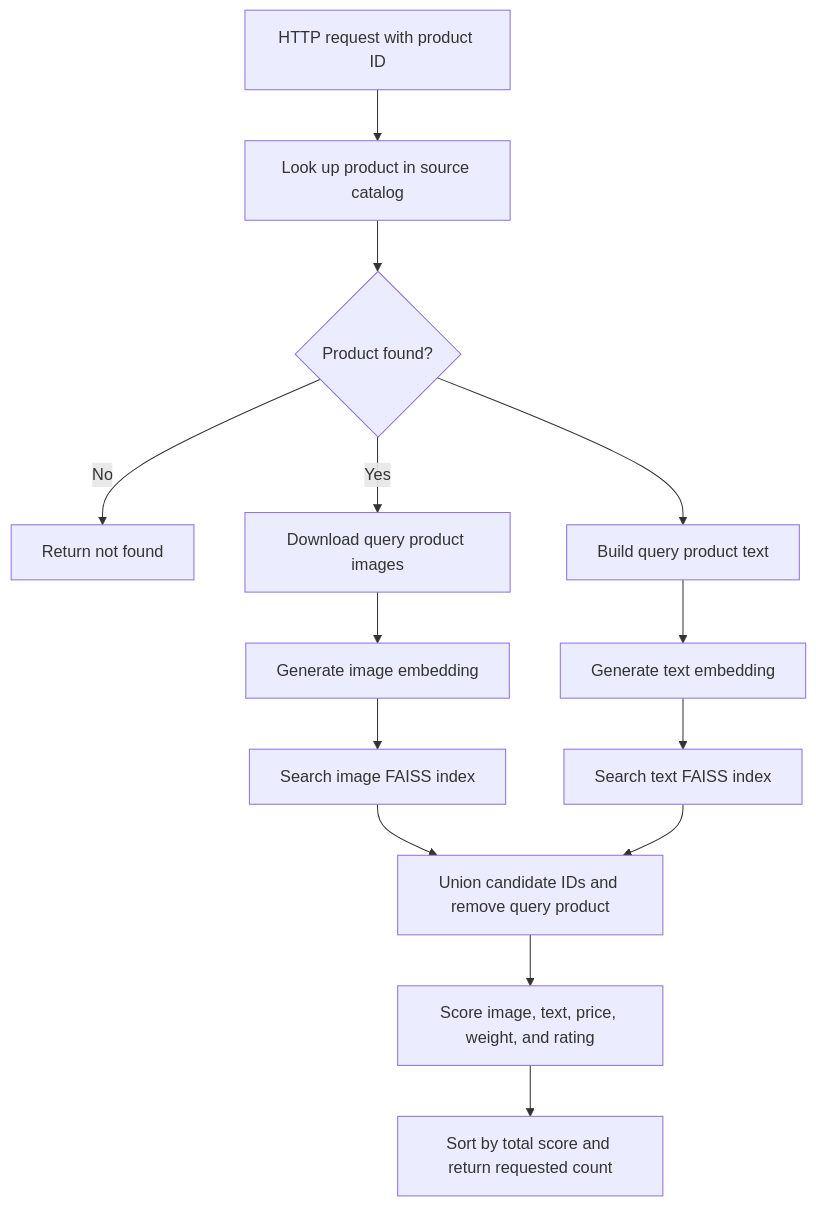
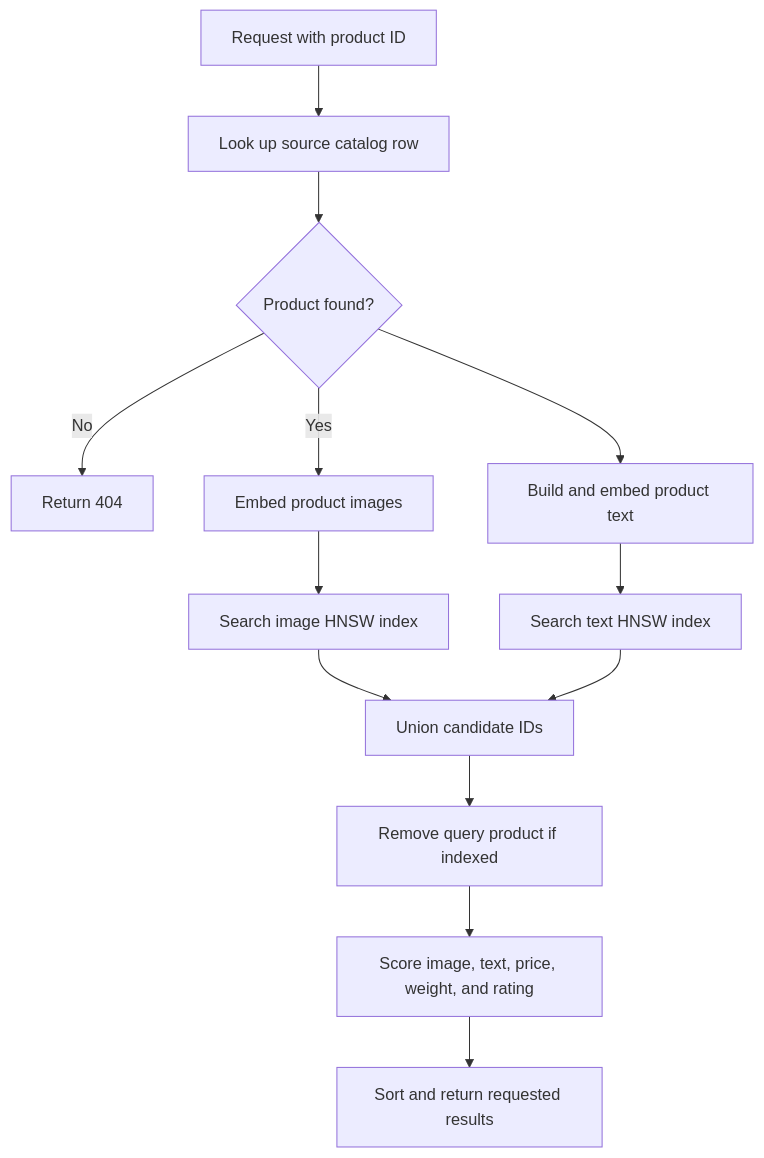
Before and after one commit to eagagk/sap_ex: the second of 2 diagrams in README.md, drawn with Mermaid. The commit also changed other lines of this file and 1 other file, not shown here.

````diff
--- a/README.md
+++ b/README.md
@@ -56,16 +44,15 @@
 ```mermaid
 flowchart TD
-    A[HTTP request with product ID] --> B[Look up product in source catalog]
+    A[Request with product ID] --> B[Look up source catalog row]
     B --> C{Product found?}
-    C -- No --> X[Return not found]
-    C -- Yes --> D[Download query product images]
-    C --> E[Build query product text]
-    D --> F[Generate image embedding]
-    E --> G[Generate text embedding]
-    F --> H[Search image FAISS index]
-    G --> I[Search text FAISS index]
-    H --> J[Union candidate IDs and remove query product]
-    I --> J
-    J --> K[Score image, text, price, weight, and rating]
-    K --> L[Sort by total score and return requested count]
+    C -- No --> X[Return 404]
+    C -- Yes --> D[Embed product images]
+    C --> E[Build and embed product text]
+    D --> F[Search image HNSW index]
+    E --> G[Search text HNSW index]
+    F --> H[Union candidate IDs]
+    G --> H
+    H --> I[Remove query product if indexed]
+    I --> J[Score image, text, price, weight, and rating]
+    J --> K[Sort and return requested results]
 ```
````
